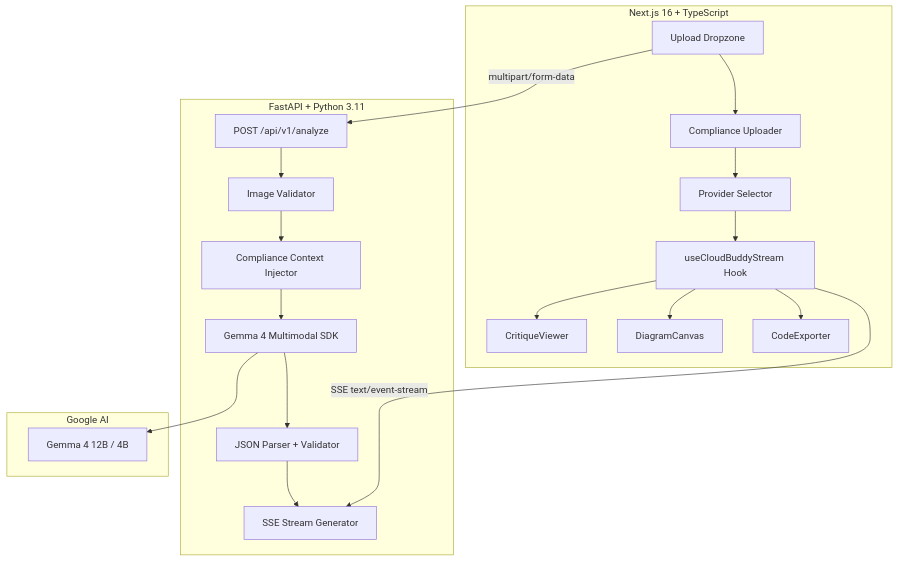
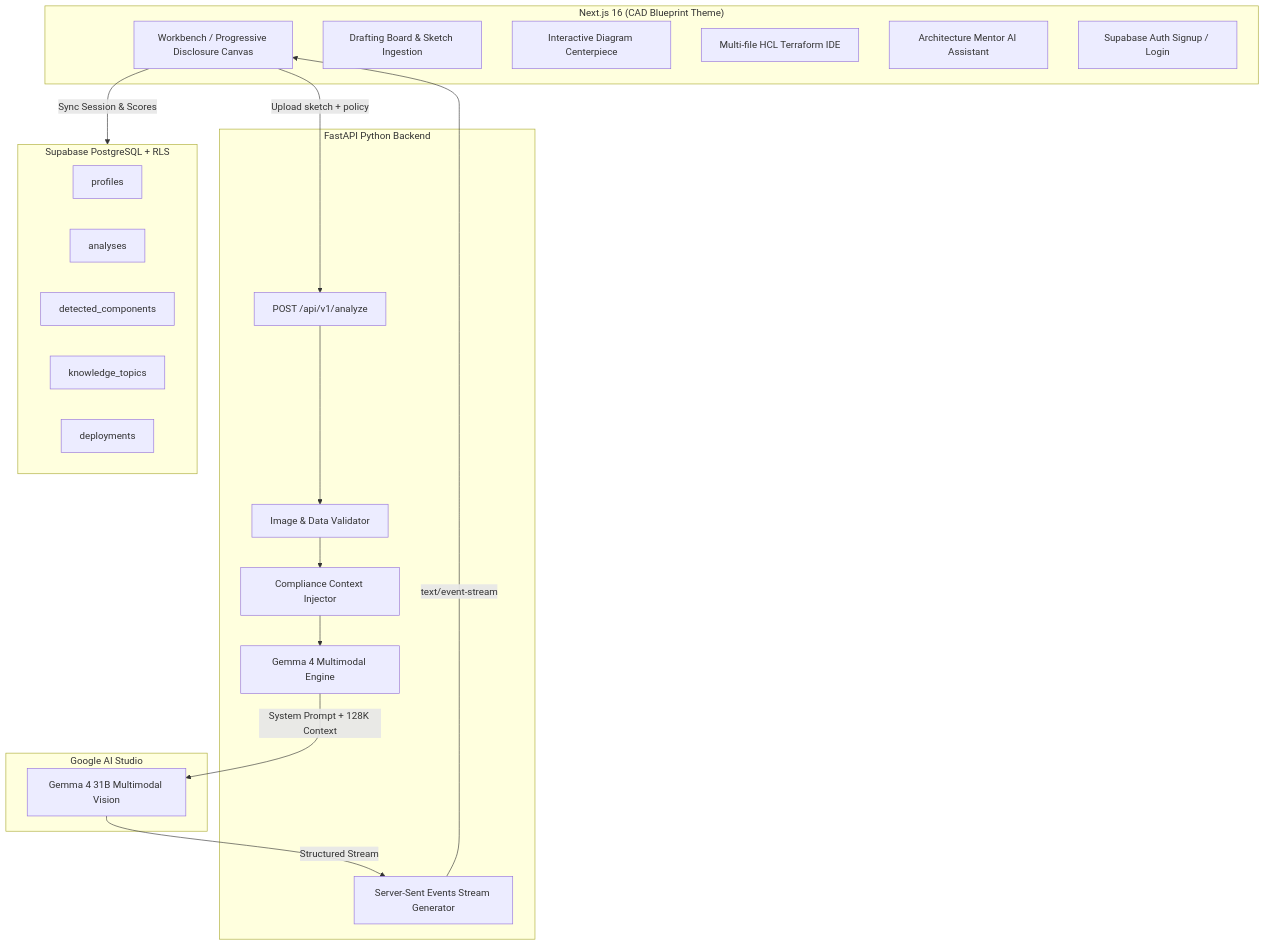
The diagram in README.md (Ashish-800/Cloud-Buddy), drawn with Mermaid before and after one commit. The commit also changed other lines of this file, not shown here.

Commit message:
docs: update README.md with comprehensive architecture, features, setup guide, and Gemma 4 + Supabase specs

````diff
--- a/README.md
+++ b/README.md
@@ -14,26 +23,38 @@
 ```mermaid
 graph TD
-    subgraph Frontend ["Next.js 16 + TypeScript"]
-        A[Upload Dropzone] --> B[Compliance Uploader]
-        B --> C[Provider Selector]
-        C --> D[useCloudBuddyStream Hook]
-        D --> E[CritiqueViewer]
-        D --> F[DiagramCanvas]
-        D --> G[CodeExporter]
+    subgraph Client ["Next.js 16 (CAD Blueprint Theme)"]
+        UI[Workbench / Progressive Disclosure Canvas]
+        DB[Drafting Board & Sketch Ingestion]
+        DIAG[Interactive Diagram Centerpiece]
+        IDE[Multi-file HCL Terraform IDE]
+        MENTOR[Architecture Mentor AI Assistant]
+        AUTH[Supabase Auth Signup / Login]
     end
 
-    subgraph Backend ["FastAPI + Python 3.11"]
-        H[POST /api/v1/analyze] --> I[Image Validator]
-        I --> J[Compliance Context Injector]
-        J --> K[Gemma 4 Multimodal SDK]
-        K --> L[JSON Parser + Validator]
-        L --> M[SSE Stream Generator]
+    subgraph Backend ["FastAPI Python Backend"]
+        API[POST /api/v1/analyze]
+        VAL[Image & Data Validator]
+        COMP[Compliance Context Injector]
+        GEMMA[Gemma 4 Multimodal Engine]
+        SSE[Server-Sent Events Stream Generator]
     end
 
-    D -- "SSE text/event-stream" --> M
-    A -- "multipart/form-data" --> H
+    subgraph Database ["Supabase PostgreSQL + RLS"]
+        PROF[profiles]
+        ANAL[analyses]
+        COMP_NODES[detected_components]
+        TOPICS[knowledge_topics]
+        DEPLOY[deployments]
+    end
 
-    subgraph AI ["Google AI"]
-        K --> N[Gemma 4 12B / 4B]
+    subgraph AI ["Google AI Studio"]
+        SDK[Gemma 4 31B Multimodal Vision]
     end
+
+    UI -- "Upload sketch + policy" --> API
+    API --> VAL --> COMP --> GEMMA
+    GEMMA -- "System Prompt + 128K Context" --> SDK
+    SDK -- "Structured Stream" --> SSE
+    SSE -- "text/event-stream" --> UI
+    UI -- "Sync Session & Scores" --> Database
 ```
````
